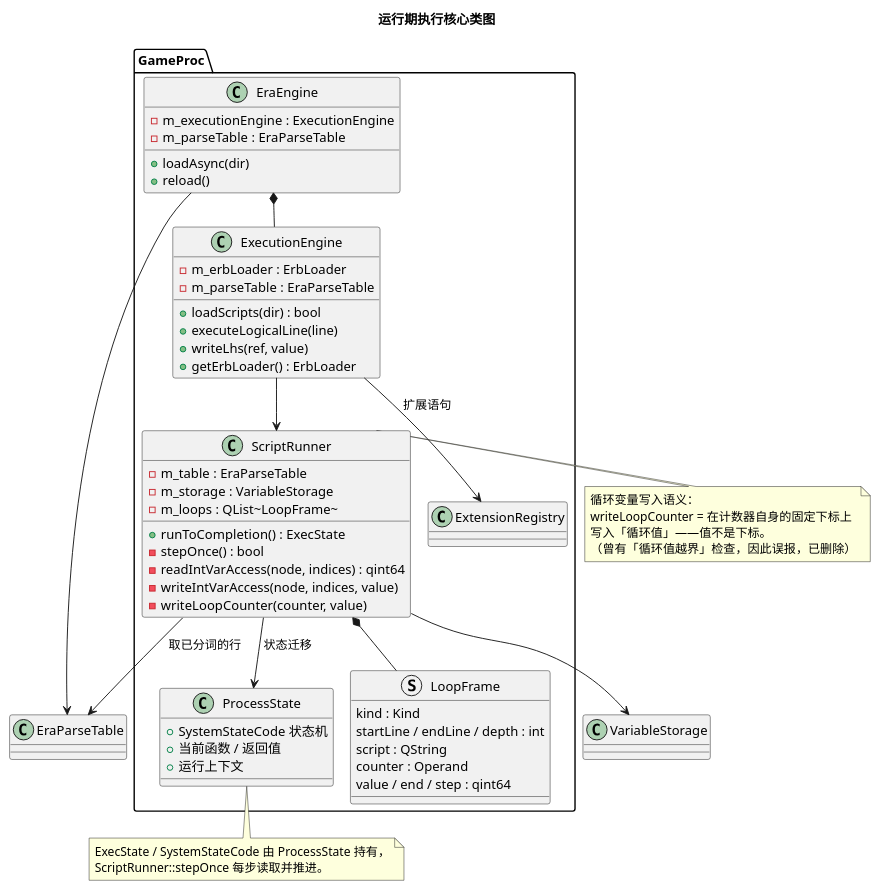
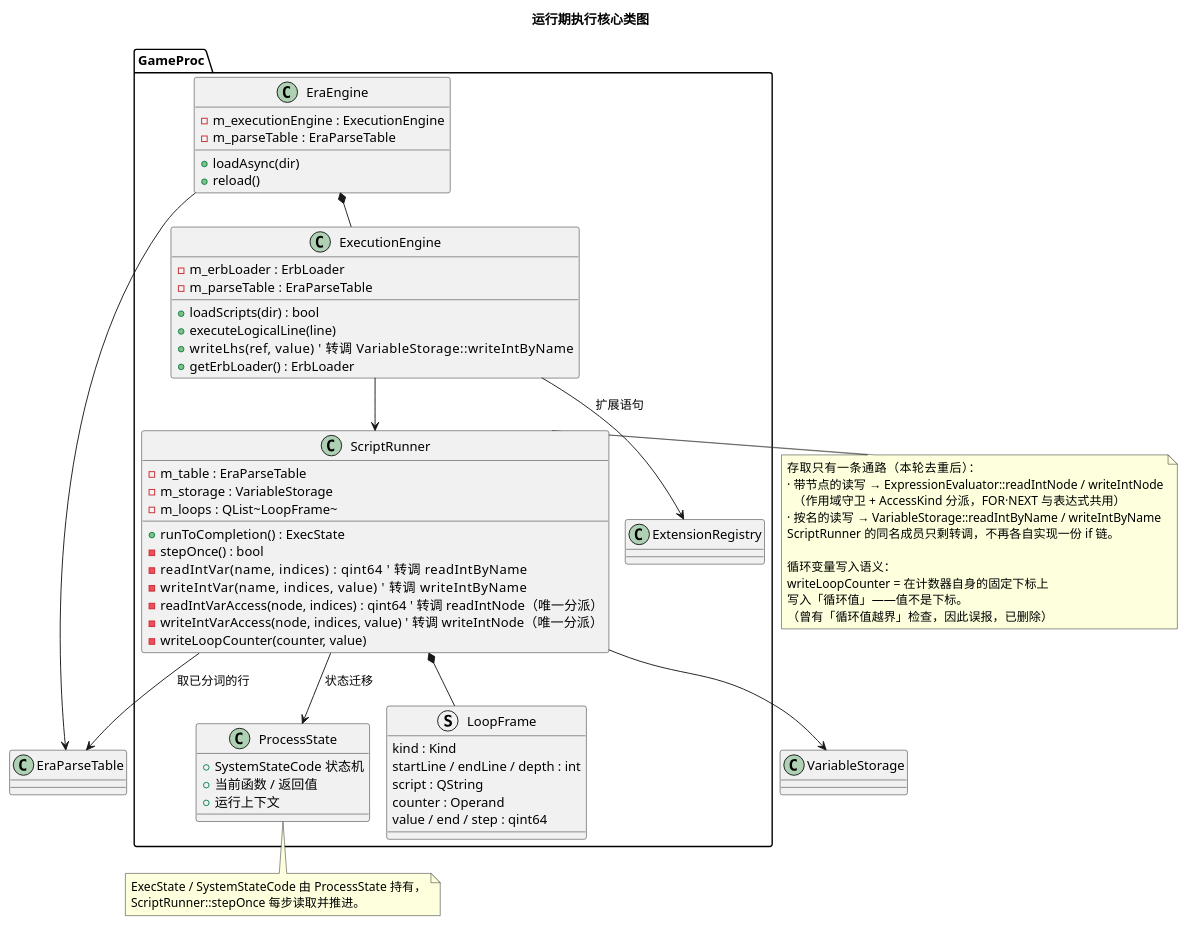
The diagram in docs/uml/02-runtime-classes.puml (yigekuyou/qt-eraemu), drawn with PlantUML before and after one commit. The commit also changed 18 other files, not shown here.

```diff
--- a/docs/uml/02-runtime-classes.puml
+++ b/docs/uml/02-runtime-classes.puml
@@ -1,73 +1,81 @@
 @startuml 02-runtime-classes
 ' 无 graphviz(dot) 时用 PlantUML 内置 smetana 布局引擎
 !pragma layout smetana
 ' emuera —— 运行期执行核心：ExecutionEngine 装配，ScriptRunner 单步状态机
 ' 渲染：plantuml -tpng docs/uml/02-runtime-classes.puml
 title 运行期执行核心类图
 
 package "GameProc" {
   class EraEngine {
     - m_executionEngine : ExecutionEngine
     - m_parseTable : EraParseTable
     + loadAsync(dir)
     + reload()
   }
 
   class ExecutionEngine {
     - m_erbLoader : ErbLoader
     - m_parseTable : EraParseTable
     + loadScripts(dir) : bool
     + executeLogicalLine(line)
-    + writeLhs(ref, value)
+    + writeLhs(ref, value)        ' 转调 VariableStorage::writeIntByName
     + getErbLoader() : ErbLoader
   }
 
   class ScriptRunner {
     - m_table : EraParseTable
     - m_storage : VariableStorage
     - m_loops : QList~LoopFrame~
     + runToCompletion() : ExecState
     - stepOnce() : bool
-    - readIntVarAccess(node, indices) : qint64
-    - writeIntVarAccess(node, indices, value)
+    - readIntVar(name, indices) : qint64        ' 转调 readIntByName
+    - writeIntVar(name, indices, value)         ' 转调 writeIntByName
+    - readIntVarAccess(node, indices) : qint64  ' 转调 readIntNode（唯一分派）
+    - writeIntVarAccess(node, indices, value)   ' 转调 writeIntNode（唯一分派）
     - writeLoopCounter(counter, value)
   }
 
   class ProcessState {
     + SystemStateCode 状态机
     + 当前函数 / 返回值
     + 运行上下文
   }
 
   struct LoopFrame {
     kind : Kind
     startLine / endLine / depth : int
     script : QString
     counter : Operand
     value / end / step : qint64
   }
 
   class ExtensionRegistry
 }
 
 EraEngine *-- ExecutionEngine
 EraEngine --> EraParseTable
 ExecutionEngine --> ScriptRunner
 ExecutionEngine --> ExtensionRegistry : 扩展语句
 ScriptRunner *-- LoopFrame
 ScriptRunner --> ProcessState : 状态迁移
 ScriptRunner --> EraParseTable : 取已分词的行
 ScriptRunner --> VariableStorage
 
 note right of ScriptRunner
+  存取只有一条通路（本轮去重后）：
+  · 带节点的读写 → ExpressionEvaluator::readIntNode / writeIntNode
+    （作用域守卫 + AccessKind 分派，FOR·NEXT 与表达式共用）
+  · 按名的读写 → VariableStorage::readIntByName / writeIntByName
+  ScriptRunner 的同名成员只剩转调，不再各自实现一份 if 链。
+
   循环变量写入语义：
   writeLoopCounter = 在计数器自身的固定下标上
   写入「循环值」——值不是下标。
   （曾有「循环值越界」检查，因此误报，已删除）
 end note
 
 note bottom of ProcessState
   ExecState / SystemStateCode 由 ProcessState 持有，
   ScriptRunner::stepOnce 每步读取并推进。
 end note
 @enduml
```
